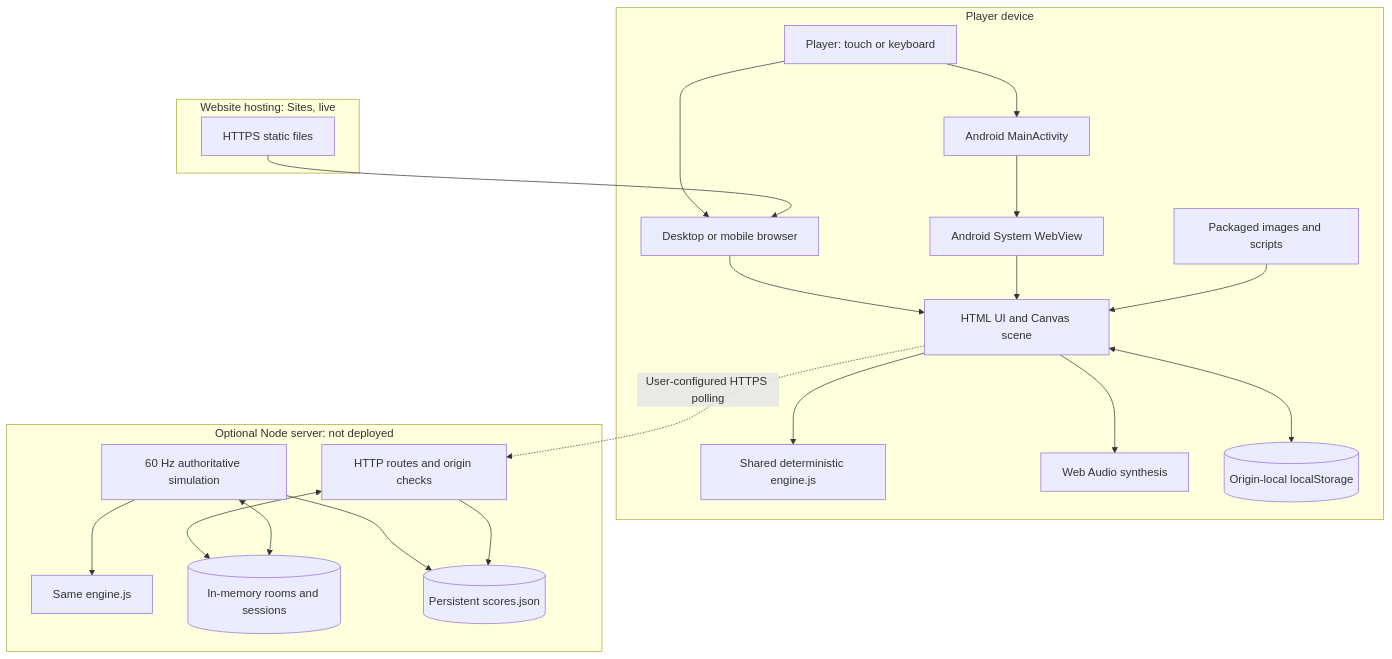
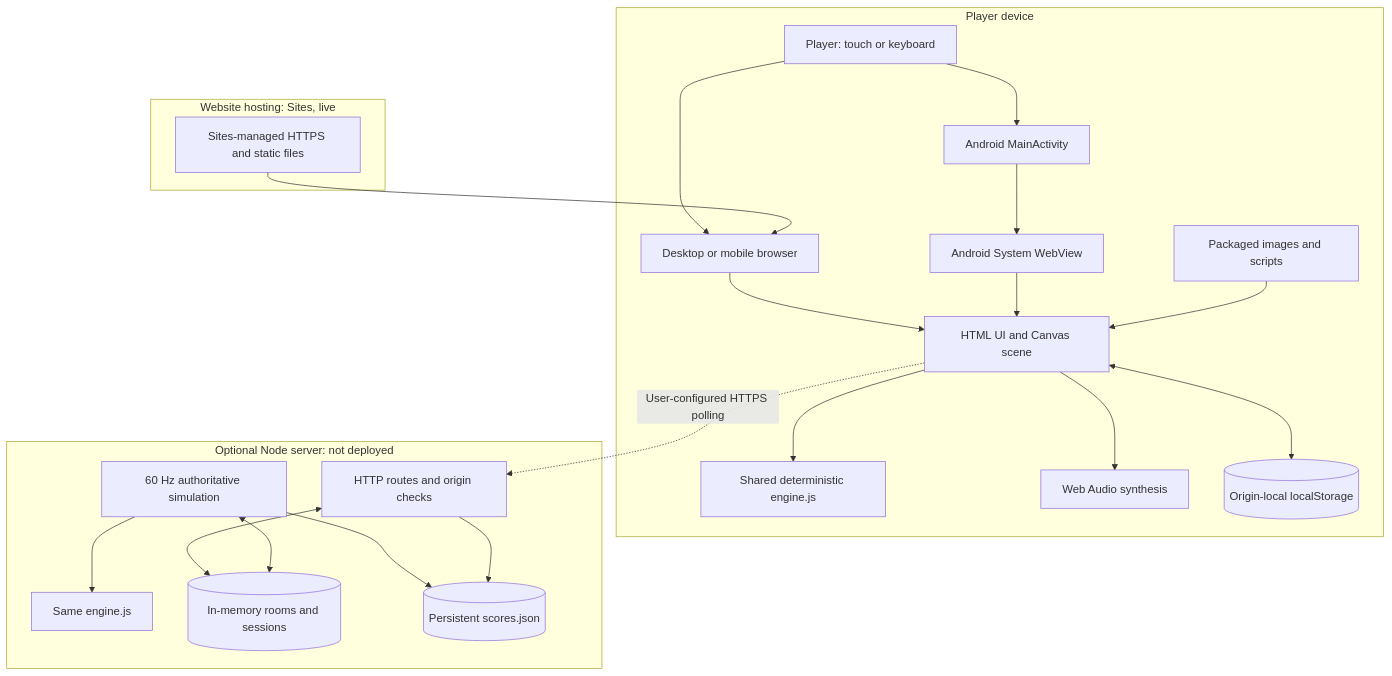
The first of 6 diagrams in docs/ARCHITECTURE.md (VaVi-Tech24/VaViLantern), drawn with Mermaid before and after one commit. The commit also changed other lines of this file and 7 other files, not shown here.

Commit message:
docs: explain Sites and Cloudflare hosting architecture and full stack

````diff
--- a/docs/ARCHITECTURE.md
+++ b/docs/ARCHITECTURE.md
@@ -7,40 +7,40 @@
 ```mermaid
 flowchart TB
   User[Player: touch or keyboard]
   subgraph Device[Player device]
     Browser[Desktop or mobile browser]
     Activity[Android MainActivity]
     WebView[Android System WebView]
     UI[HTML UI and Canvas scene]
     Engine[Shared deterministic engine.js]
     Audio[Web Audio synthesis]
     Storage[(Origin-local localStorage)]
     Assets[Packaged images and scripts]
     User --> Browser
     User --> Activity
     Activity --> WebView
     Browser --> UI
     WebView --> UI
     Assets --> UI
     UI --> Engine
     UI --> Audio
     UI <--> Storage
   end
   subgraph Host[Website hosting: Sites, live]
-    CDN[HTTPS static files]
+    CDN[Sites-managed HTTPS and static files]
   end
   subgraph Service[Optional Node server: not deployed]
     API[HTTP routes and origin checks]
     Tick[60 Hz authoritative simulation]
     Shared[Same engine.js]
     Rooms[(In-memory rooms and sessions)]
     Scores[(Persistent scores.json)]
     API <--> Rooms
     Tick <--> Rooms
     Tick --> Shared
     Tick --> Scores
     API --> Scores
   end
   CDN --> Browser
   UI -. User-configured HTTPS polling .-> API
 ```
````
